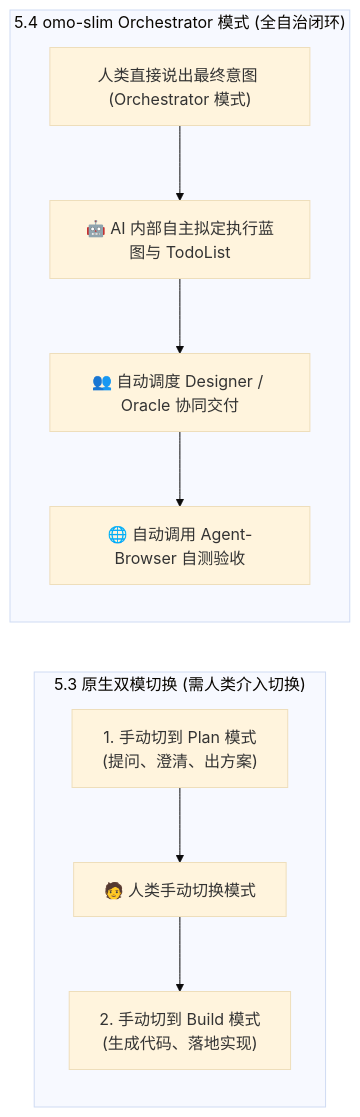
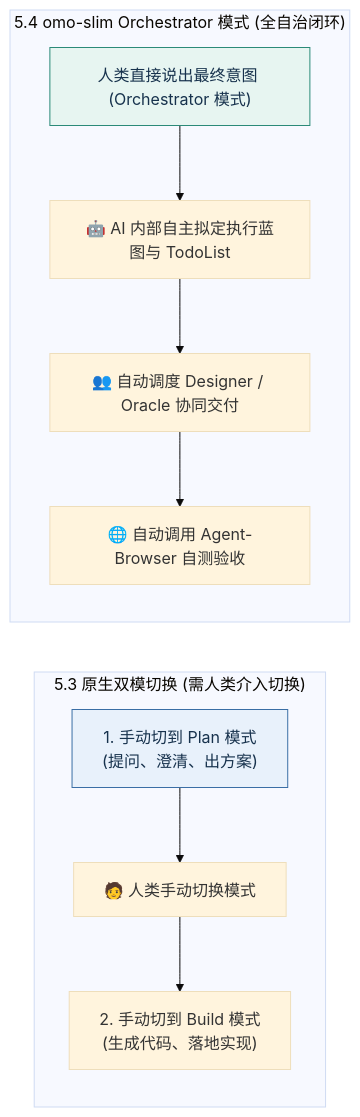
The diagram in 05_OpenCode实战/img/diagrams/04-diagram-02.mmd (buffer121328/vibe-coding-and-agents), drawn with Mermaid (base theme) before and after one commit. The commit also changed 131 other files, not shown here.

Commit message:
docs: 润色第四至第六章正文与图表

```diff
--- a/05_OpenCode实战/img/diagrams/04-diagram-02.mmd
+++ b/05_OpenCode实战/img/diagrams/04-diagram-02.mmd
@@ -1,11 +1,15 @@
 graph LR
     subgraph OldWay ["5.3 原生双模切换 (需人类介入切换)"]
         Plan["1. 手动切到 Plan 模式\n(提问、澄清、出方案)"] --> Switch["🧑 人类手动切换模式"]
         Switch --> Build["2. 手动切到 Build 模式\n(生成代码、落地实现)"]
     end
 
     subgraph NewWay ["5.4 omo-slim Orchestrator 模式 (全自治闭环)"]
         OrchInput["人类直接说出最终意图 (Orchestrator 模式)"] --> AutoPlan["🤖 AI 内部自主拟定执行蓝图与 TodoList"]
         AutoPlan --> AutoDispatch["👥 自动调度 Designer / Oracle 协同交付"]
         AutoDispatch --> AutoTest["🌐 自动调用 Agent-Browser 自测验收"]
     end
+
+%% Academic palette: restrained blue, teal, gold, violet, and coral accents.
+style Plan fill:#E8F1FB,stroke:#3A6EA5,color:#17324D
+style OrchInput fill:#E7F5F1,stroke:#2B8A78,color:#17324D
```
